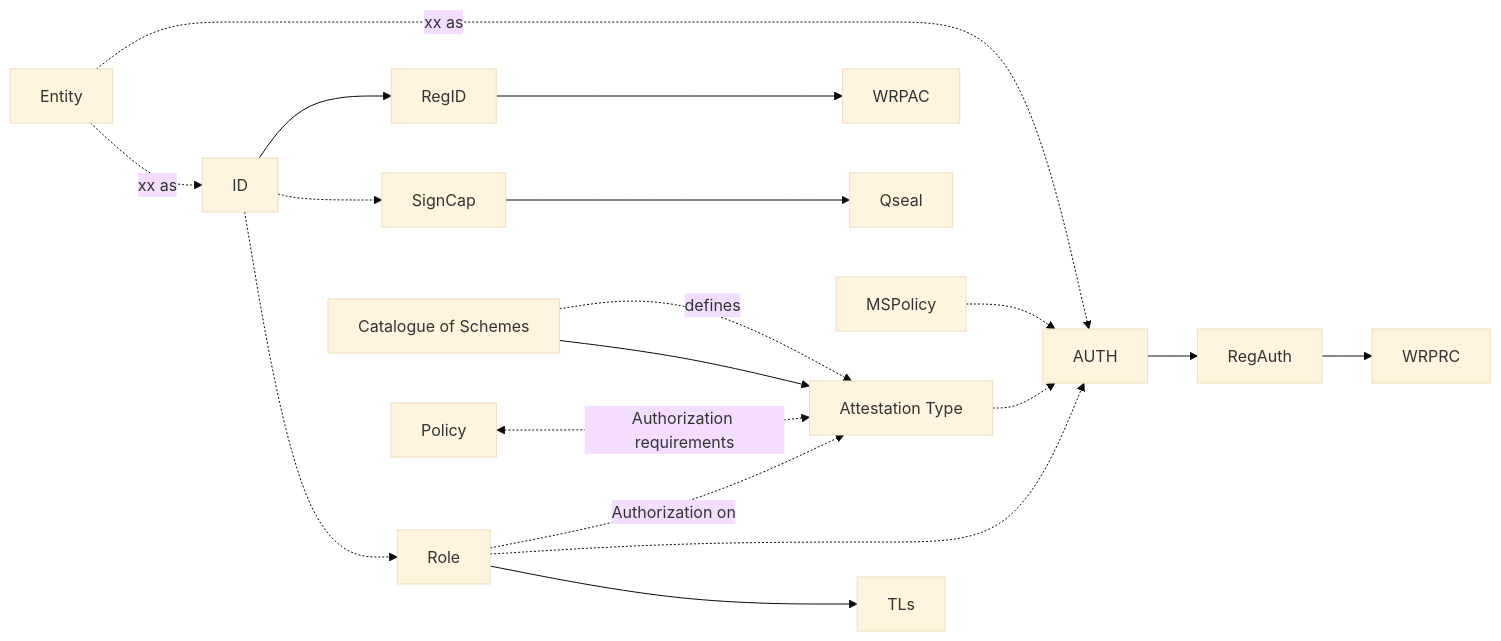
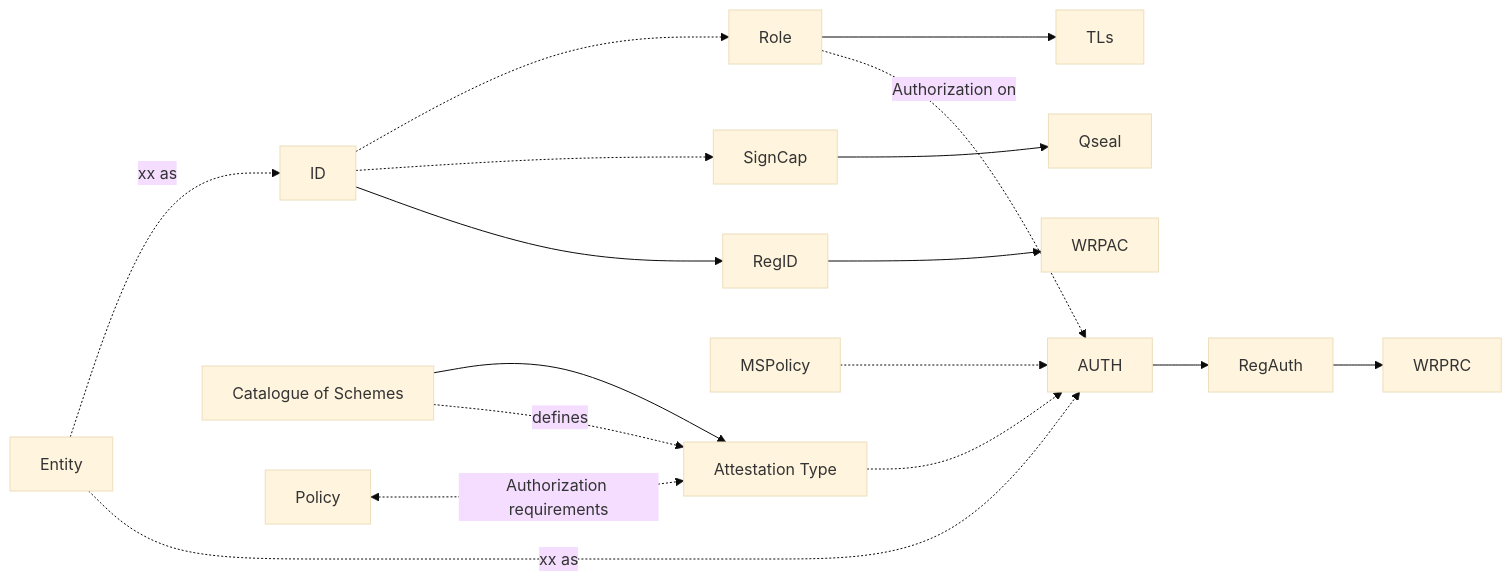
The first of 5 diagrams in docs/topics/trust-management-process.md (APTITUDE-Consortium/wp2-trust-specifications), drawn with Mermaid (base theme) before and after one commit.

````diff
--- a/docs/topics/trust-management-process.md
+++ b/docs/topics/trust-management-process.md
@@ -33,19 +33,19 @@
 ```mermaid graph
 flowchart LR
      
     
     Entity-.->|xx as| ID
     ID -.-> Role --> TLs
     ID -.-> SignCap --> Qseal
     ID --> RegID --> WRPAC
     Entity-.->|xx as| AUTH
     MSPolicy -.-> AUTH
-    AttType -.-> AUTH
+    AttType["Attestation Type"] -.-> AUTH
     AUTH --> RegAuth--> WRPRC
-    Role -.-> AUTH 
+    Role -.->|Authorization on| AUTH 
     Cat --> AttType
 
-    Role -.->|Authorization on| AttType["Attestation Type"]
+    
 Policy<-.->|Authorization requirements|AttType
 Cat["Catalogue of Schemes"]-.->|defines|AttType
 ```
````
